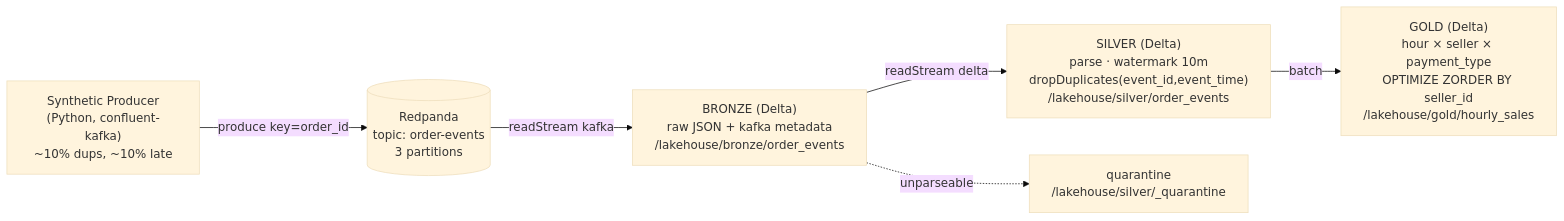
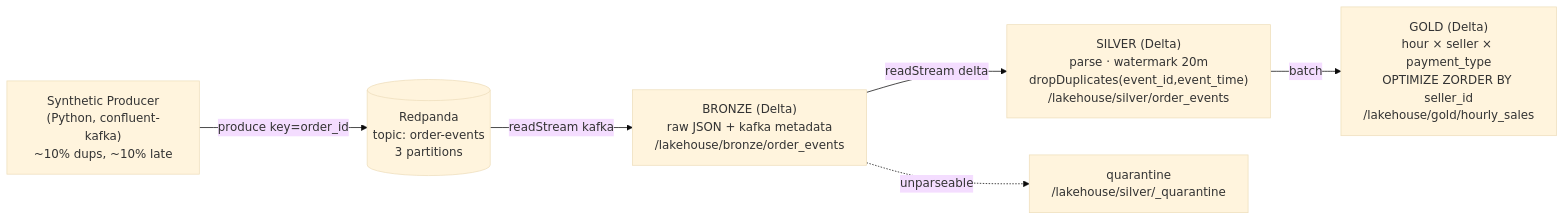
The diagram in README.md (saber2164/Real-Time-Streaming-Medallion-Lakehouse-Pipeline-), drawn with Mermaid (base theme) before and after one commit. The commit also changed other lines of this file and 13 other files, not shown here.

````diff
--- a/README.md
+++ b/README.md
@@ -22,8 +22,8 @@
 ```mermaid
 flowchart LR
     P["Synthetic Producer<br/>(Python, confluent-kafka)<br/>~10% dups, ~10% late"] -->|produce key=order_id| R[("Redpanda<br/>topic: order-events<br/>3 partitions")]
     R -->|readStream kafka| B["BRONZE (Delta)<br/>raw JSON + kafka metadata<br/>/lakehouse/bronze/order_events"]
-    B -->|readStream delta| S["SILVER (Delta)<br/>parse · watermark 10m<br/>dropDuplicates(event_id,event_time)<br/>/lakehouse/silver/order_events"]
+    B -->|readStream delta| S["SILVER (Delta)<br/>parse · watermark 20m<br/>dropDuplicates(event_id,event_time)<br/>/lakehouse/silver/order_events"]
     S -->|batch| G["GOLD (Delta)<br/>hour × seller × payment_type<br/>OPTIMIZE ZORDER BY seller_id<br/>/lakehouse/gold/hourly_sales"]
     B -. unparseable .-> Q["quarantine<br/>/lakehouse/silver/_quarantine"]
 ```
````
